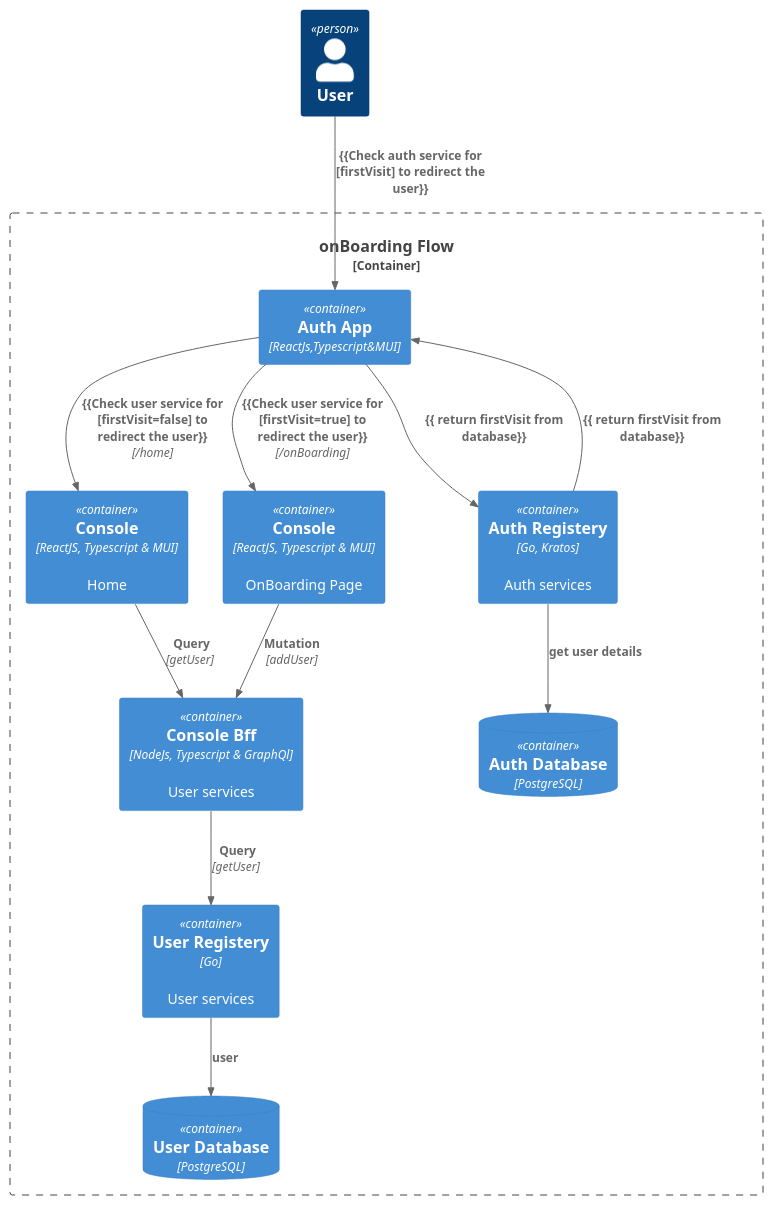
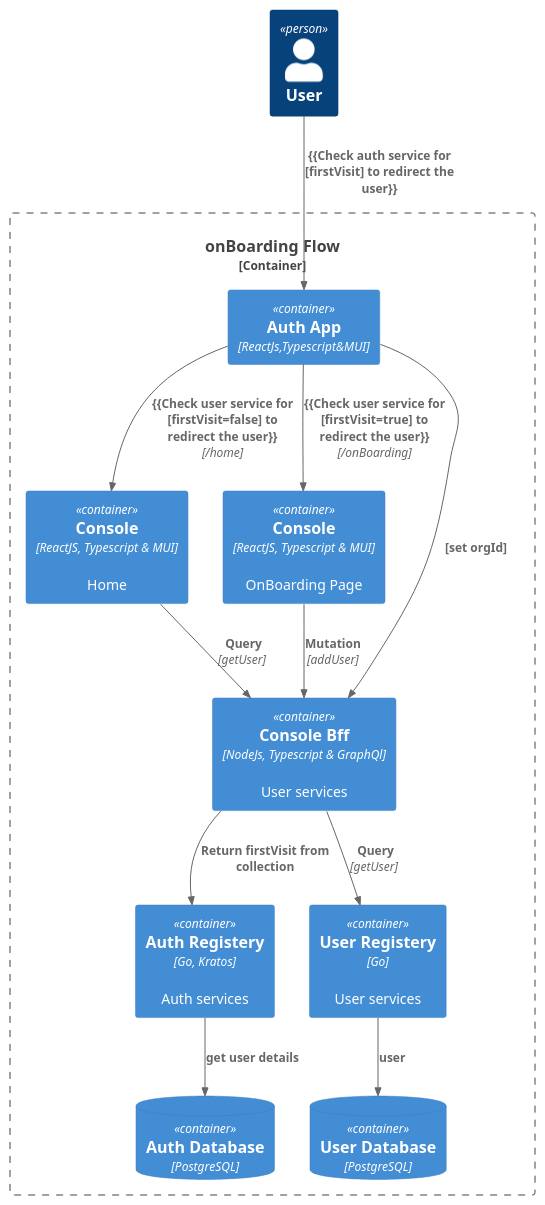
Before and after one commit to ukama/ukama: the diagram in interfaces/console/docs/Onboarding/OnBoarding.puml, drawn with PlantUML.

Commit message:
Relationship bewteen auth service and auth-app updated

```diff
--- a/interfaces/console/docs/Onboarding/OnBoarding.puml
+++ b/interfaces/console/docs/Onboarding/OnBoarding.puml
@@ -1,26 +1,25 @@
 @startuml C4_Elements
 !include https://raw.githubusercontent.com/plantuml-stdlib/C4-PlantUML/master/C4_Container.puml
 
 Person(personAlias, "User")
 Container_Boundary(c1, "onBoarding Flow") {
-  
 Container(consoleAlias, "Console", "ReactJS, Typescript & MUI", "Home")
 Container(ukamaAuthAlias,"Auth App","ReactJs,Typescript&MUI")
 ContainerDb(KratosDataBaseAlias, "Auth Database","PostgreSQL")
 ContainerDb(DataBaseAlias, "User Database","PostgreSQL")
 Container(consoleOnBoardingAlias, "Console", "ReactJS, Typescript & MUI", "OnBoarding Page")
 Container(bffAlias, "Console Bff", "NodeJs, Typescript & GraphQl", "User services")
 Container(AuthAlias, "Auth Registery", "Go, Kratos", "Auth services")
 Container(cloudAlias, "User Registery", "Go", "User services")
 Rel(personAlias, ukamaAuthAlias, "{{Check auth service for  [firstVisit] to redirect the user}}")
-Rel(ukamaAuthAlias, AuthAlias, "{{ return firstVisit from database}}")
-Rel( AuthAlias, ukamaAuthAlias, "{{ return firstVisit from database}}")
+Rel(ukamaAuthAlias, bffAlias, "[set orgId]")
+Rel(bffAlias, AuthAlias,"Return firstVisit from collection")
 Rel(ukamaAuthAlias, consoleOnBoardingAlias, "{{Check user service for  [firstVisit=true] to redirect the user}}", "/onBoarding")
 Rel( ukamaAuthAlias, consoleAlias, "{{Check user service for  [firstVisit=false] to redirect the user}}", "/home")
 Rel( AuthAlias, KratosDataBaseAlias, "get user details")
 Rel( consoleOnBoardingAlias, bffAlias, "Mutation","addUser")
 Rel( consoleAlias, bffAlias, " Query","getUser")
 Rel( bffAlias , cloudAlias, " Query","getUser")
 Rel(cloudAlias,DataBaseAlias,"user")
 }
 @enduml
```
